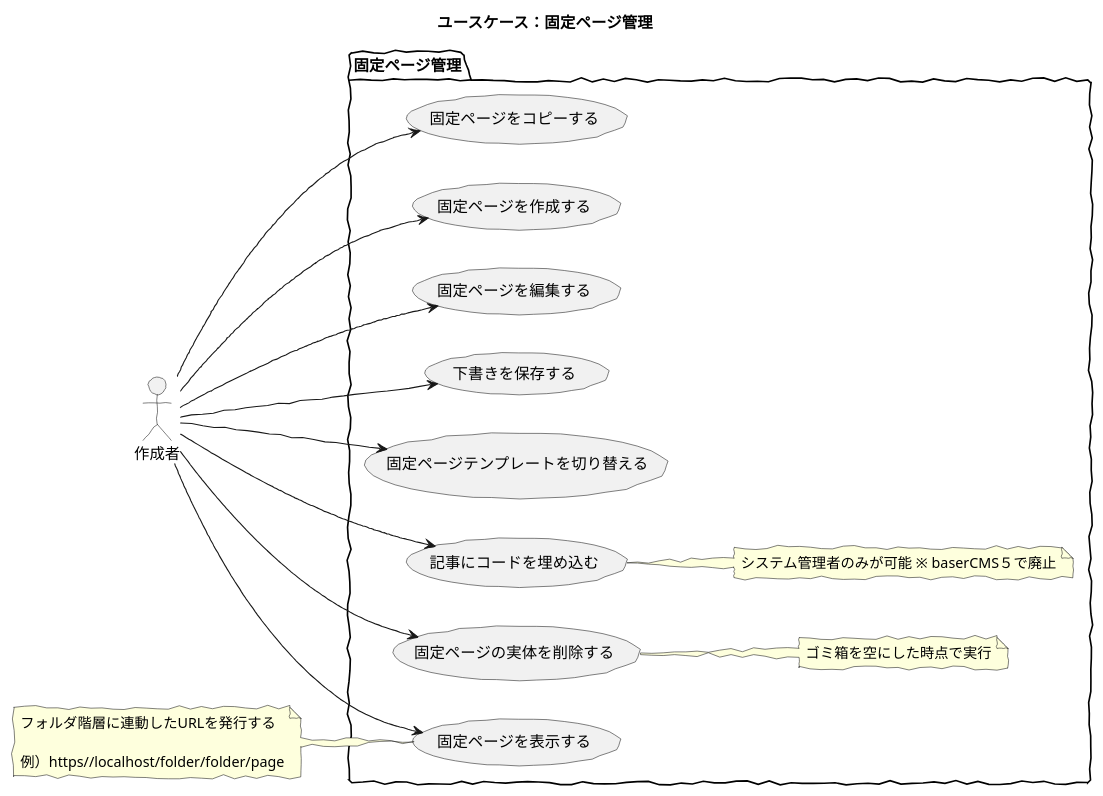
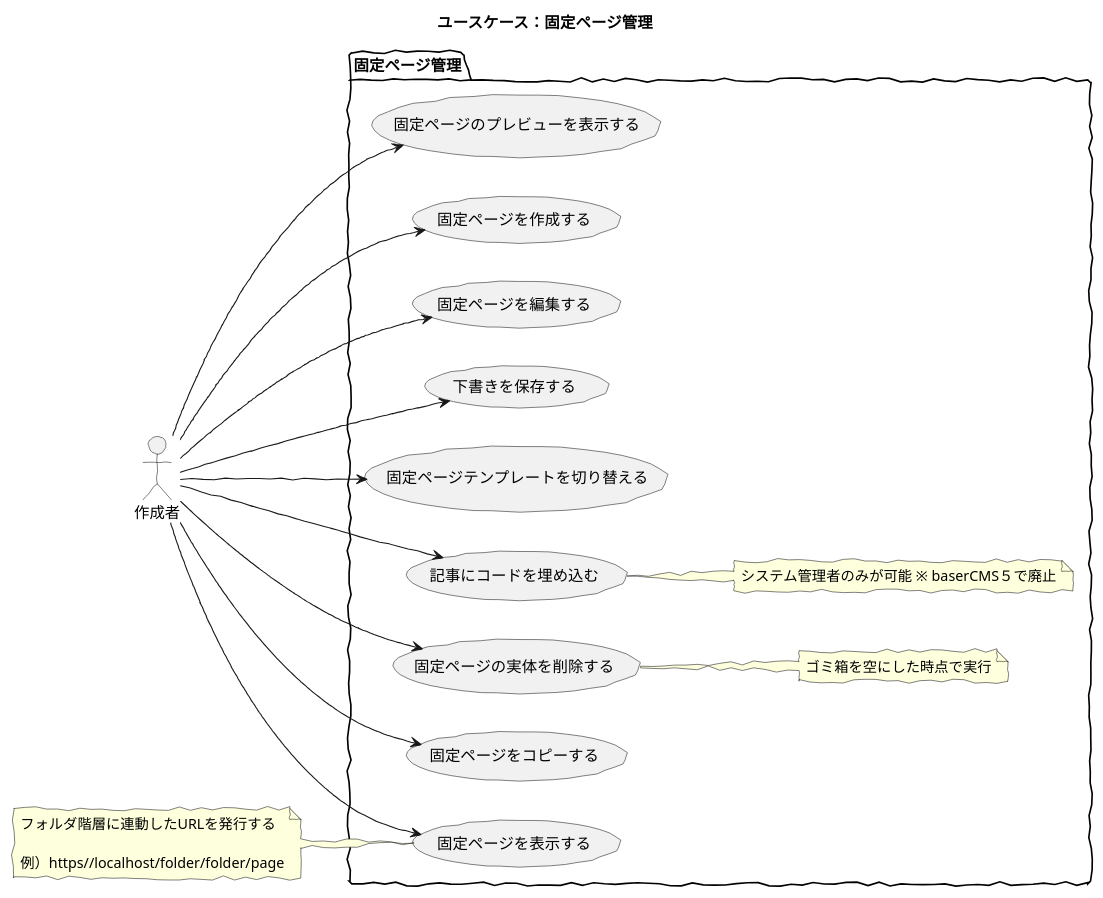
The diagram in src/puml/5/ucmitz/svg/use_case/pages.puml (baserproject/baserproject.github.io), drawn with PlantUML before and after one commit. The commit also changed 2 other files, not shown here.

```diff
--- a/src/puml/5/ucmitz/svg/use_case/pages.puml
+++ b/src/puml/5/ucmitz/svg/use_case/pages.puml
@@ -1,33 +1,34 @@
 @startuml
 skinparam handwritten true
 skinparam backgroundColor white
 
 title ユースケース：固定ページ管理
 
 actor 作成者
 
 package 固定ページ管理 {
 	left to right direction
 	作成者 --> (固定ページを表示する)
 	作成者 --> (固定ページを作成する)
 	作成者 --> (固定ページを編集する)
 	作成者 --> (下書きを保存する)
 	作成者 --> (固定ページテンプレートを切り替える)
 	作成者 --> (記事にコードを埋め込む)
 	note right of 記事にコードを埋め込む
 	システム管理者のみが可能 ※ baserCMS５で廃止
 	endnote
 	作成者 --> (固定ページの実体を削除する)
 	note right of 固定ページの実体を削除する
 	ゴミ箱を空にした時点で実行
 	endnote
 	作成者 --> (固定ページをコピーする)
+	作成者 --> (固定ページのプレビューを表示する)
 }
 
 note left of 固定ページを表示する
 フォルダ階層に連動したURLを発行する
 
 例）https//localhost/folder/folder/page
 endnote
 
 @enduml
```
